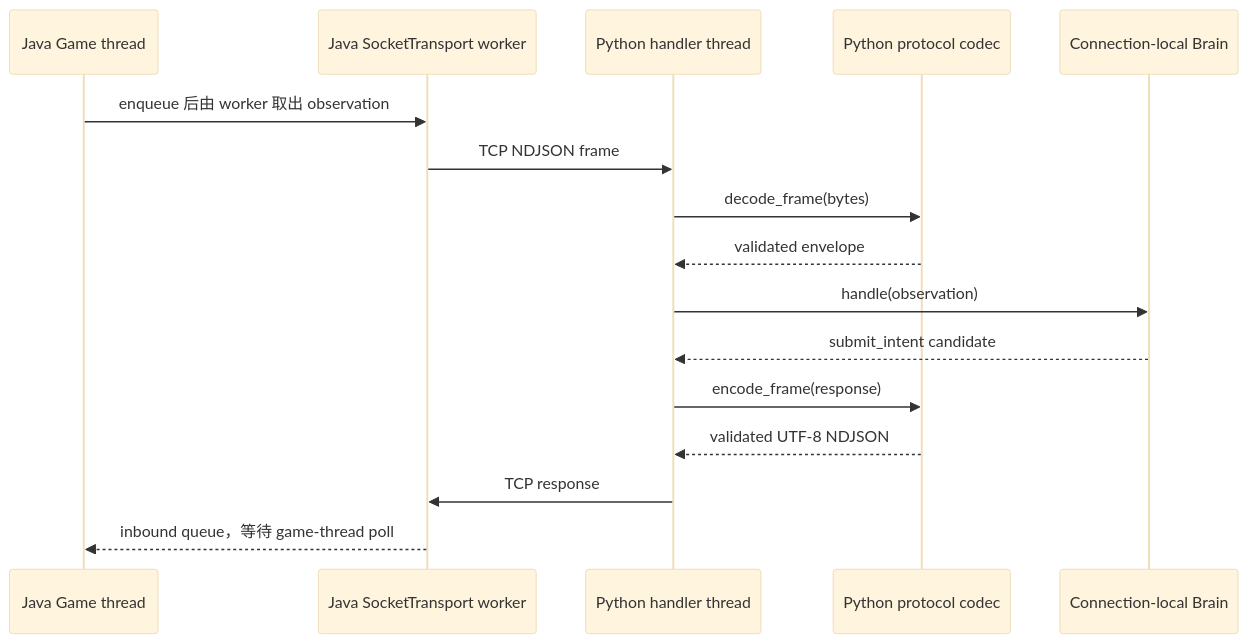
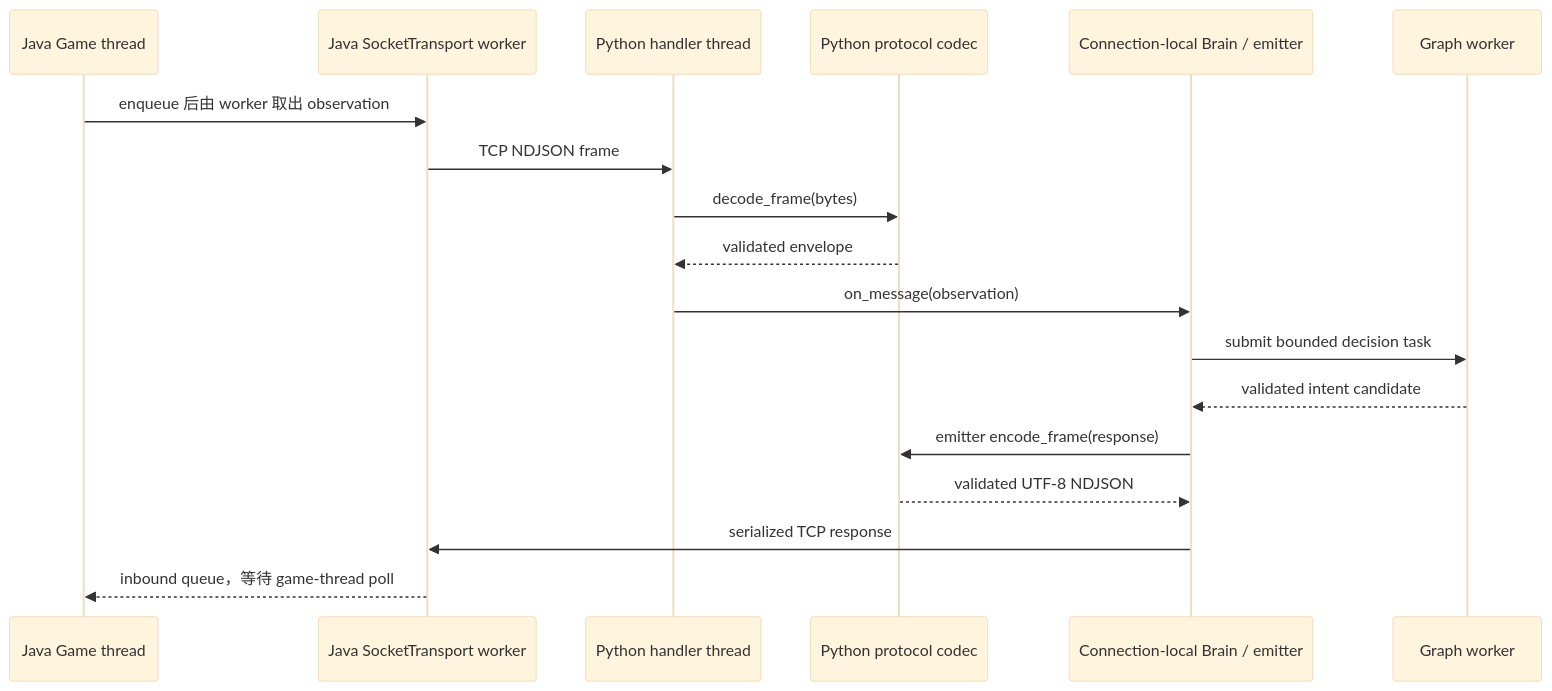
One commit to ericdonno/cs61b-std changed the third of 12 diagrams in proj2/agentarchitecture.md. Above: the diagram before and after it, drawn with Mermaid (base theme). The commit also changed other lines of this file and 56 other files, not shown here.

````diff
--- a/proj2/agentarchitecture.md
+++ b/proj2/agentarchitecture.md
@@ -310,19 +317,21 @@
 ```mermaid
 sequenceDiagram
     participant G as Java Game thread
     participant J as Java SocketTransport worker
     participant H as Python handler thread
     participant C as Python protocol codec
-    participant B as Connection-local Brain
+    participant B as Connection-local Brain / emitter
+    participant W as Graph worker
 
     G->>J: enqueue 后由 worker 取出 observation
     J->>H: TCP NDJSON frame
     H->>C: decode_frame(bytes)
     C-->>H: validated envelope
-    H->>B: handle(observation)
-    B-->>H: submit_intent candidate
-    H->>C: encode_frame(response)
-    C-->>H: validated UTF-8 NDJSON
-    H->>J: TCP response
+    H->>B: on_message(observation)
+    B->>W: submit bounded decision task
+    W-->>B: validated intent candidate
+    B->>C: emitter encode_frame(response)
+    C-->>B: validated UTF-8 NDJSON
+    B->>J: serialized TCP response
     J-->>G: inbound queue，等待 game-thread poll
 ```
````
